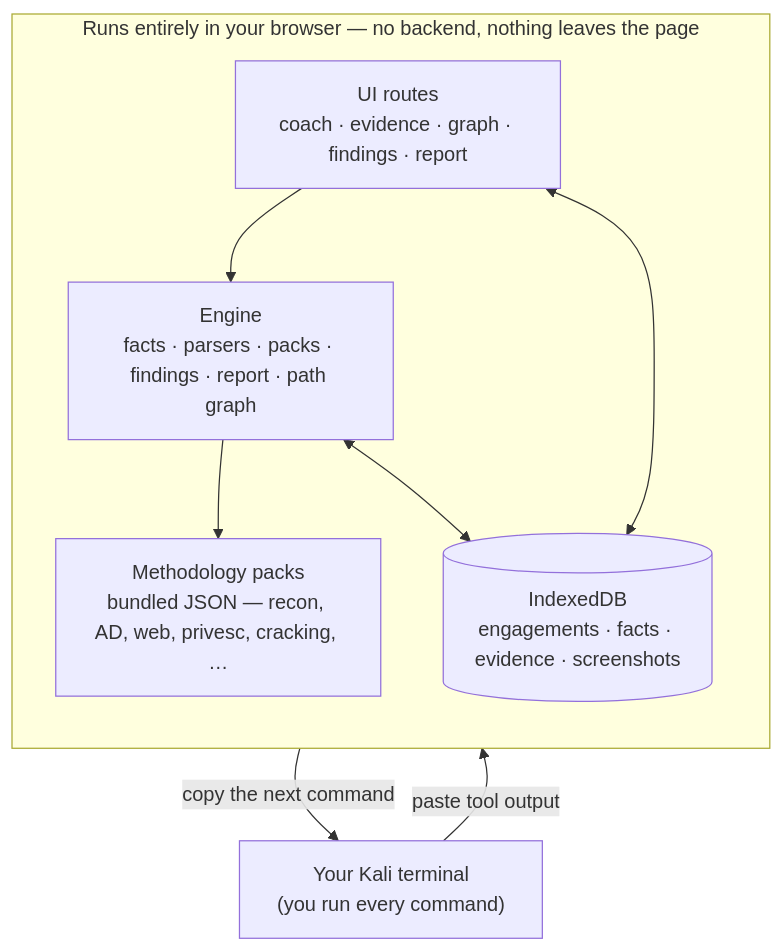
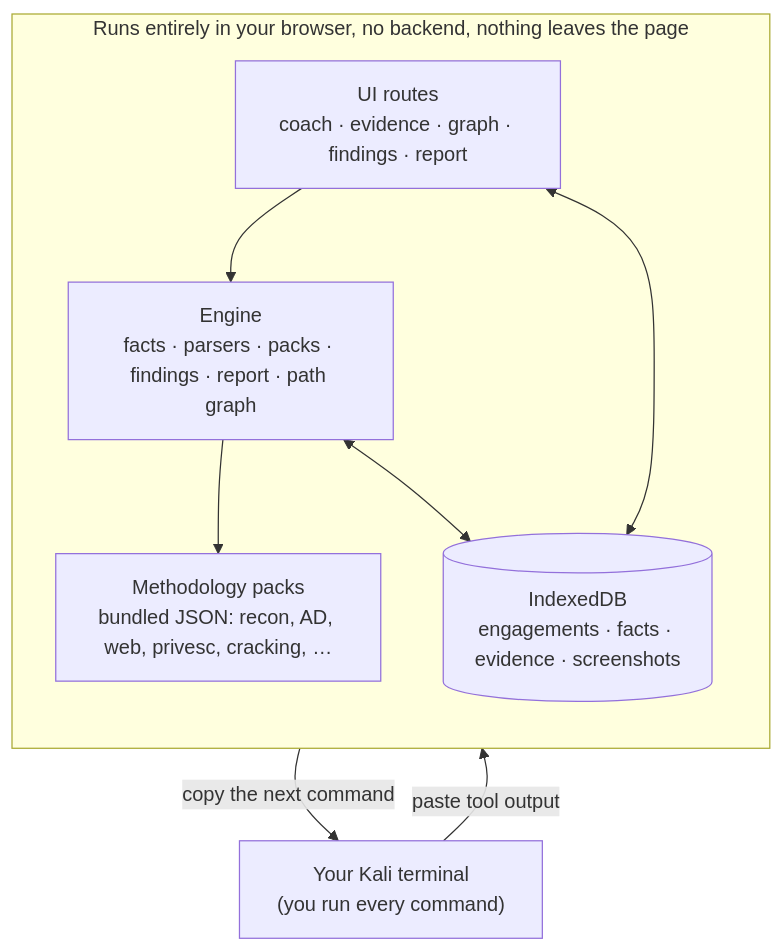
Before and after one commit to platocres/obol: the second of 2 diagrams in README.md, drawn with Mermaid. The commit also changed other lines of this file and 1 other file, not shown here.

````diff
--- a/README.md
+++ b/README.md
@@ -208,17 +208,17 @@
 ```mermaid
 flowchart TB
     term["Your Kali terminal<br/>(you run every command)"]
-    subgraph browser["Runs entirely in your browser — no backend, nothing leaves the page"]
+    subgraph browser["Runs entirely in your browser, no backend, nothing leaves the page"]
         direction TB
         ui["UI routes<br/>coach · evidence · graph · findings · report"]
         engine["Engine<br/>facts · parsers · packs · findings · report · path graph"]
-        packs["Methodology packs<br/>bundled JSON — recon, AD, web, privesc, cracking, …"]
+        packs["Methodology packs<br/>bundled JSON: recon, AD, web, privesc, cracking, …"]
         db[("IndexedDB<br/>engagements · facts · evidence · screenshots")]
         ui --> engine
         engine --> packs
         ui <--> db
         engine <--> db
     end
     term -- "paste tool output" --> ui
     ui -- "copy the next command" --> term
 ```
````
